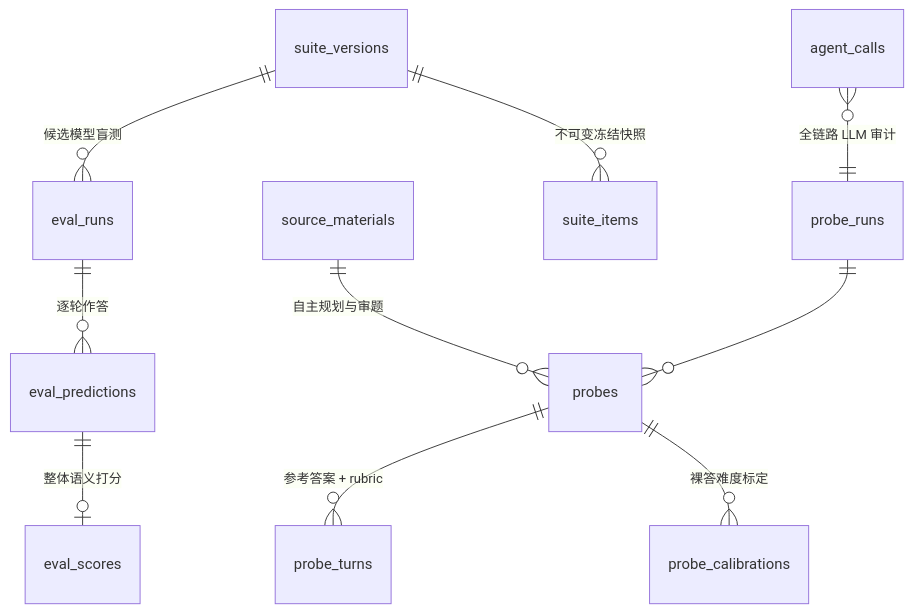
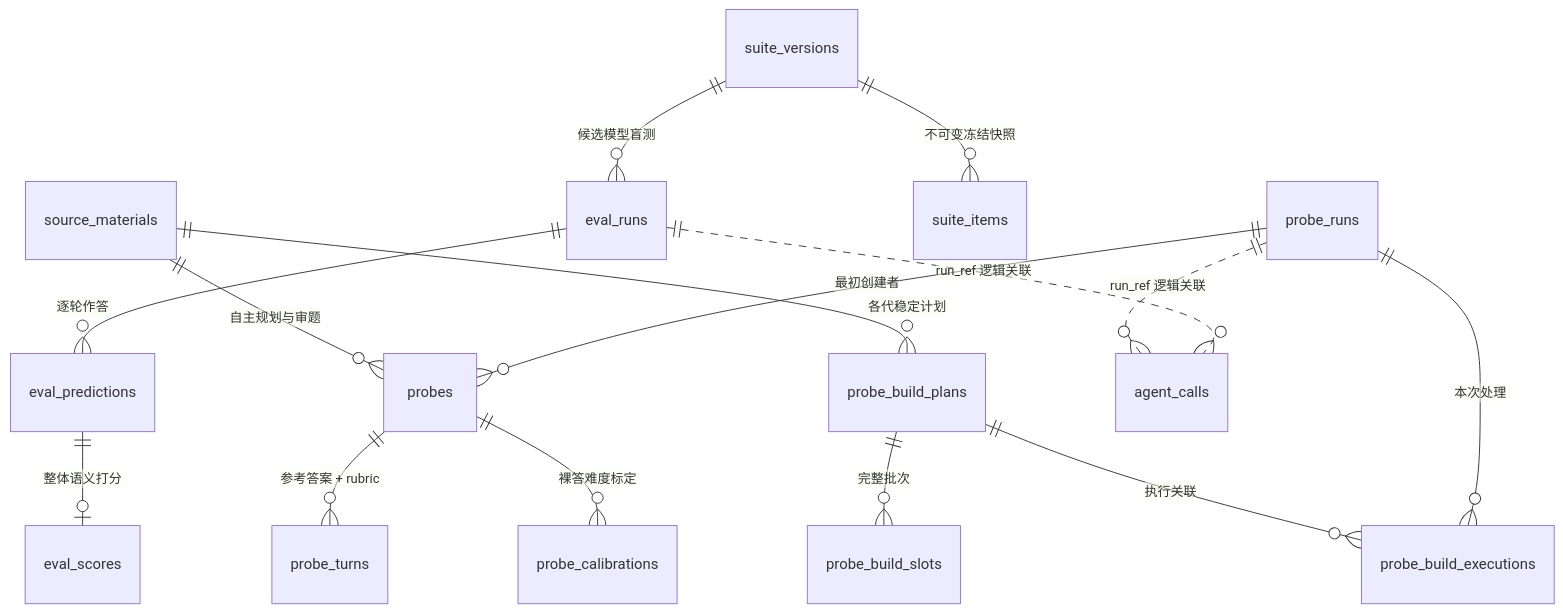
One commit to chosenecho/pi-posttrain-loop changed the diagram in docs/eval-probe-pipeline.md. Above: the diagram before and after it, drawn with Mermaid. The commit also changed other lines of this file and 113 other files, not shown here.

````diff
--- a/docs/eval-probe-pipeline.md
+++ b/docs/eval-probe-pipeline.md
@@ -60,12 +110,17 @@
 ```mermaid
 erDiagram
   source_materials ||--o{ probes : "自主规划与审题"
-  probe_runs ||--o{ probes : ""
+  source_materials ||--o{ probe_build_plans : "各代稳定计划"
+  probe_build_plans ||--o{ probe_build_slots : "完整批次"
+  probe_build_plans ||--o{ probe_build_executions : "执行关联"
+  probe_runs ||--o{ probe_build_executions : "本次处理"
+  probe_runs ||--o{ probes : "最初创建者"
   probes ||--o{ probe_turns : "参考答案 + rubric"
   probes ||--o{ probe_calibrations : "裸答难度标定"
   suite_versions ||--o{ suite_items : "不可变冻结快照"
   suite_versions ||--o{ eval_runs : "候选模型盲测"
   eval_runs ||--o{ eval_predictions : "逐轮作答"
   eval_predictions ||--o| eval_scores : "整体语义打分"
-  agent_calls }o--|| probe_runs : "全链路 LLM 审计"
+  probe_runs ||..o{ agent_calls : "run_ref 逻辑关联"
+  eval_runs ||..o{ agent_calls : "run_ref 逻辑关联"
 ```
````
